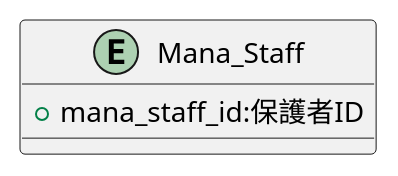
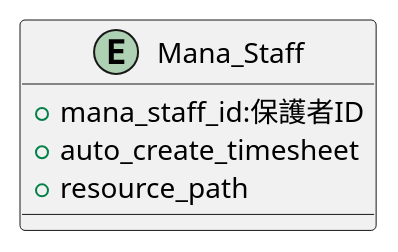
Before and after one commit to popoposorara/ERP_ER: the diagram in Entity/Mana_Staff.pu, drawn with PlantUML. The commit also changed 32 other files, not shown here.

```diff
--- a/Entity/Mana_Staff.pu
+++ b/Entity/Mana_Staff.pu
@@ -1,7 +1,9 @@
 @startuml
 
 entity "Mana_Staff" {
     + mana_staff_id:保護者ID
+    + auto_create_timesheet
+    + resource_path
 }
 
 @enduml
```
